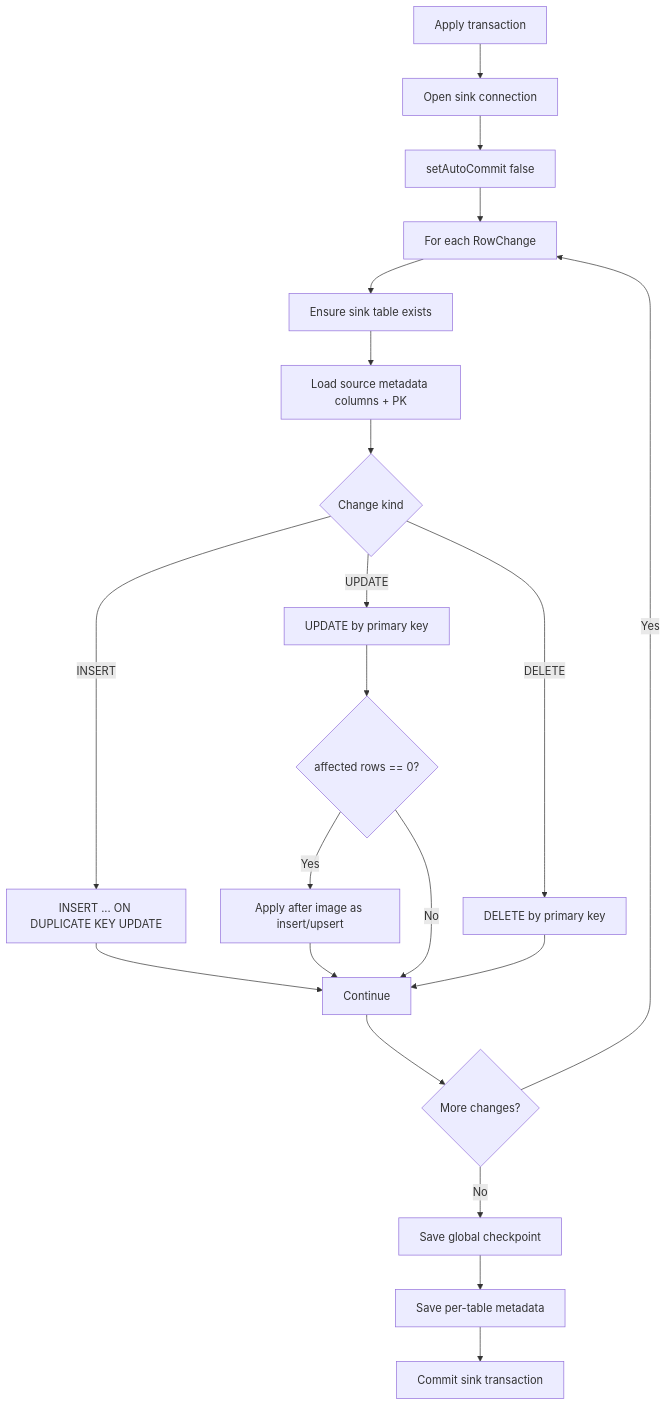
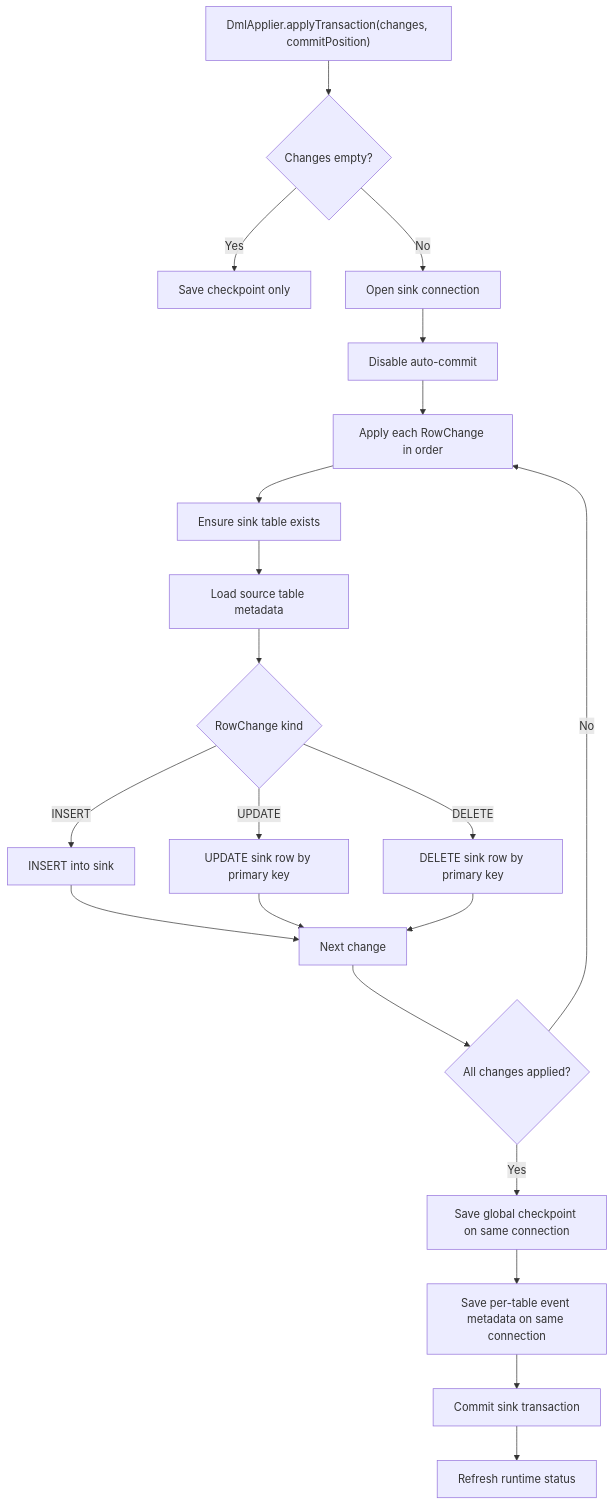
The sixth of 12 diagrams in backend/docs/replication-flow.md (phongthinkvitals/thinkvitals-mysql-replicator), drawn with Mermaid before and after one commit. The commit also changed other lines of this file and 9 other files, not shown here.

````diff
--- a/backend/docs/replication-flow.md
+++ b/backend/docs/replication-flow.md
@@ -171,24 +273,23 @@
 ```mermaid
 flowchart TD
-    A[Apply transaction] --> B[Open sink connection]
-    B --> C[setAutoCommit false]
-    C --> D[For each RowChange]
-    D --> E[Ensure sink table exists]
-    E --> F[Load source metadata columns + PK]
-    F --> G{Change kind}
-    G -- INSERT --> H[INSERT ... ON DUPLICATE KEY UPDATE]
-    G -- UPDATE --> I[UPDATE by primary key]
-    G -- DELETE --> J[DELETE by primary key]
-
-    I --> K{affected rows == 0?}
-    K -- Yes --> L[Apply after image as insert/upsert]
-    K -- No --> M[Continue]
-    H --> M
-    J --> M
+    A["DmlApplier.applyTransaction(changes, commitPosition)"] --> B{"Changes empty?"}
+    B -- "Yes" --> C["Save checkpoint only"]
+    B -- "No" --> D["Open sink connection"]
+    D --> E["Disable auto-commit"]
+    E --> F["Apply each RowChange in order"]
+    F --> G["Ensure sink table exists"]
+    G --> H["Load source table metadata"]
+    H --> I{"RowChange kind"}
+    I -- "INSERT" --> J["INSERT into sink"]
+    I -- "UPDATE" --> K["UPDATE sink row by primary key"]
+    I -- "DELETE" --> L["DELETE sink row by primary key"]
+    J --> M["Next change"]
+    K --> M
     L --> M
-    M --> N{More changes?}
-    N -- Yes --> D
-    N -- No --> O[Save global checkpoint]
-    O --> P[Save per-table metadata]
-    P --> Q[Commit sink transaction]
+    M --> N{"All changes applied?"}
+    N -- "No" --> F
+    N -- "Yes" --> O["Save global checkpoint on same connection"]
+    O --> P["Save per-table event metadata on same connection"]
+    P --> Q["Commit sink transaction"]
+    Q --> R["Refresh runtime status"]
 ```
````
